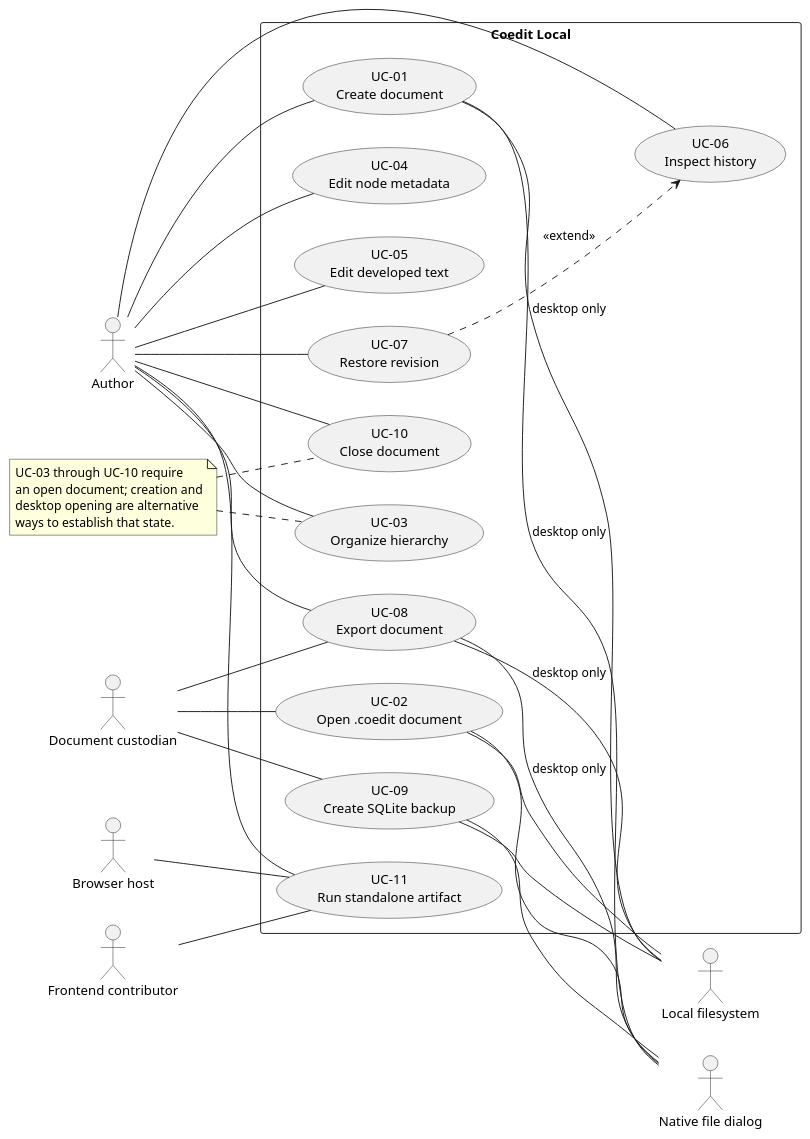
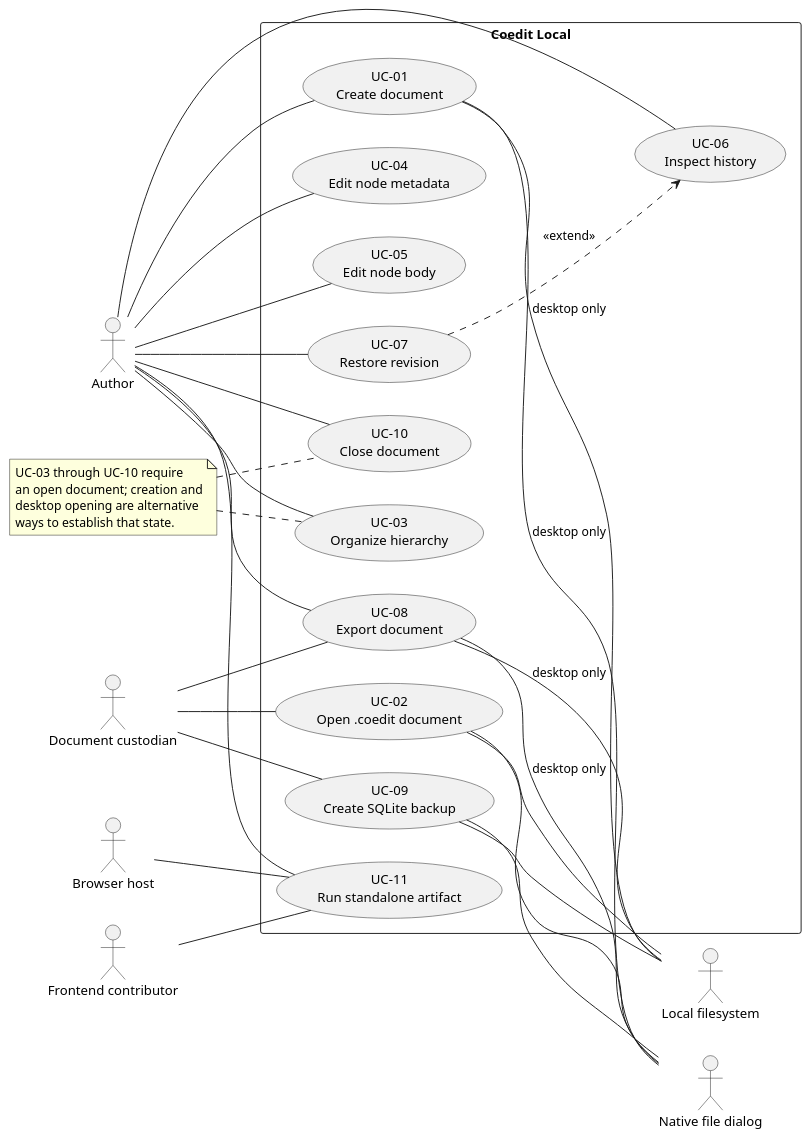
Before and after one commit to benoit-gl/coedit: the diagram in docs/RUP_VISION_AND_USE_CASES.md, drawn with PlantUML. The commit also changed other lines of this file and 28 other files, not shown here.

Commit message:
removed summary; each node now only has title+body

````diff
--- a/docs/RUP_VISION_AND_USE_CASES.md
+++ b/docs/RUP_VISION_AND_USE_CASES.md
@@ -123,55 +123,55 @@
 ```plantuml
 @startuml
 left to right direction
 skinparam packageStyle rectangle
 
 actor Author
 actor "Document custodian" as Custodian
 actor "Frontend contributor" as Developer
 actor "Browser host" as Browser
 actor "Native file dialog" as Dialog
 actor "Local filesystem" as Files
 
 rectangle "Coedit Local" {
   usecase "UC-01\nCreate document" as UC01
   usecase "UC-02\nOpen .coedit document" as UC02
   usecase "UC-03\nOrganize hierarchy" as UC03
   usecase "UC-04\nEdit node metadata" as UC04
-  usecase "UC-05\nEdit developed text" as UC05
+  usecase "UC-05\nEdit node body" as UC05
   usecase "UC-06\nInspect history" as UC06
   usecase "UC-07\nRestore revision" as UC07
   usecase "UC-08\nExport document" as UC08
   usecase "UC-09\nCreate SQLite backup" as UC09
   usecase "UC-10\nClose document" as UC10
   usecase "UC-11\nRun standalone artifact" as UC11
 }
 
 Author -- UC01
 Author -- UC03
 Author -- UC04
 Author -- UC05
 Author -- UC06
 Author -- UC07
 Author -- UC08
 Author -- UC10
 Author -- UC11
 Custodian -- UC02
 Custodian -- UC08
 Custodian -- UC09
 Developer -- UC11
 Browser -- UC11
 UC02 -- Dialog
 UC01 -- Dialog : desktop only
 UC08 -- Dialog : desktop only
 UC09 -- Dialog
 UC02 -- Files
 UC01 -- Files : desktop only
 UC08 -- Files : desktop only
 UC09 -- Files
 UC07 ..> UC06 : <<extend>>
 
 note "UC-03 through UC-10 require\nan open document; creation and\ndesktop opening are alternative\nways to establish that state." as OpenState
 OpenState .. UC03
 OpenState .. UC10
 @enduml
 ```
````
